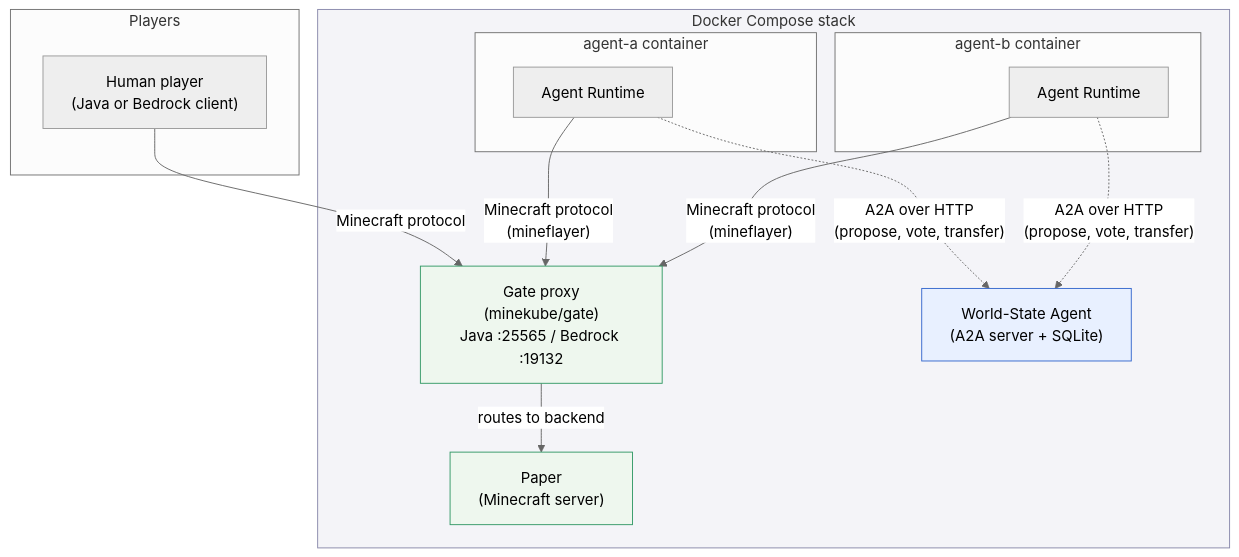
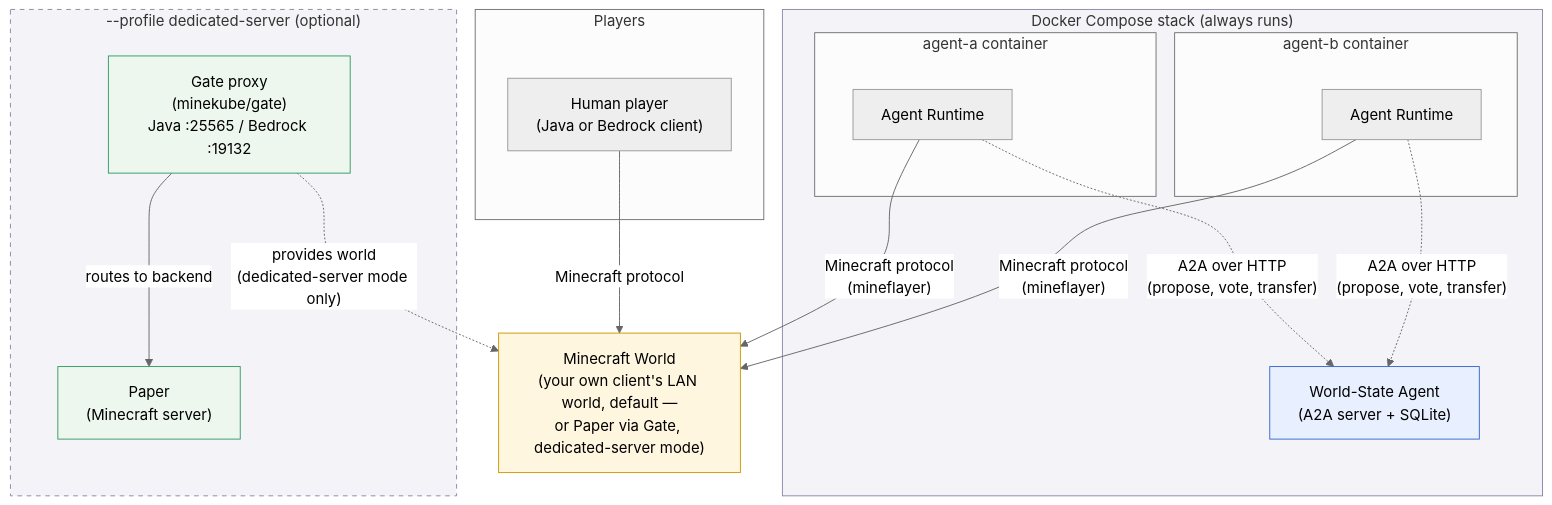
The first of 6 diagrams in README.md (ofcskn/polis), drawn with Mermaid (neutral theme) before and after one commit. The commit also changed other lines of this file and 2 other files, not shown here.

First line of the commit message:
Default agents to joining an existing LAN world, not a dedicated server

````diff
--- a/README.md
+++ b/README.md
@@ -266,33 +330,39 @@
 ```mermaid
 flowchart TB
     subgraph clients["Players"]
         human["Human player<br/>(Java or Bedrock client)"]
     end
 
-    subgraph stack["Docker Compose stack"]
-        gate["Gate proxy<br/>(minekube/gate)<br/>Java :25565 / Bedrock :19132"]
-        paper["Paper<br/>(Minecraft server)"]
+    world["Minecraft World<br/>(your own client's LAN world, default —<br/>or Paper via Gate, dedicated-server mode)"]
 
+    subgraph stack["Docker Compose stack (always runs)"]
         subgraph agentA["agent-a container"]
             aRuntimeA["Agent Runtime"]
         end
         subgraph agentB["agent-b container"]
             aRuntimeB["Agent Runtime"]
         end
-
         worldstate["World-State Agent<br/>(A2A server + SQLite)"]
     end
 
-    human -- "Minecraft protocol" --> gate
-    aRuntimeA -- "Minecraft protocol<br/>(mineflayer)" --> gate
-    aRuntimeB -- "Minecraft protocol<br/>(mineflayer)" --> gate
-    gate -- "routes to backend" --> paper
+    subgraph dedicated["--profile dedicated-server (optional)"]
+        gate["Gate proxy<br/>(minekube/gate)<br/>Java :25565 / Bedrock :19132"]
+        paper["Paper<br/>(Minecraft server)"]
+        gate -- "routes to backend" --> paper
+    end
+
+    human -- "Minecraft protocol" --> world
+    aRuntimeA -- "Minecraft protocol<br/>(mineflayer)" --> world
+    aRuntimeB -- "Minecraft protocol<br/>(mineflayer)" --> world
+    gate -. "provides world<br/>(dedicated-server mode only)" .-> world
 
     aRuntimeA -. "A2A over HTTP<br/>(propose, vote, transfer)" .-> worldstate
     aRuntimeB -. "A2A over HTTP<br/>(propose, vote, transfer)" .-> worldstate
 
     style stack fill:#f4f4f8,stroke:#8888aa
+    style dedicated fill:#f4f4f8,stroke:#8888aa,stroke-dasharray: 5 5
     style worldstate fill:#e8f0ff,stroke:#3366cc
     style gate fill:#eef7ee,stroke:#339966
     style paper fill:#eef7ee,stroke:#339966
+    style world fill:#fff6e0,stroke:#cc9900
 ```
````
